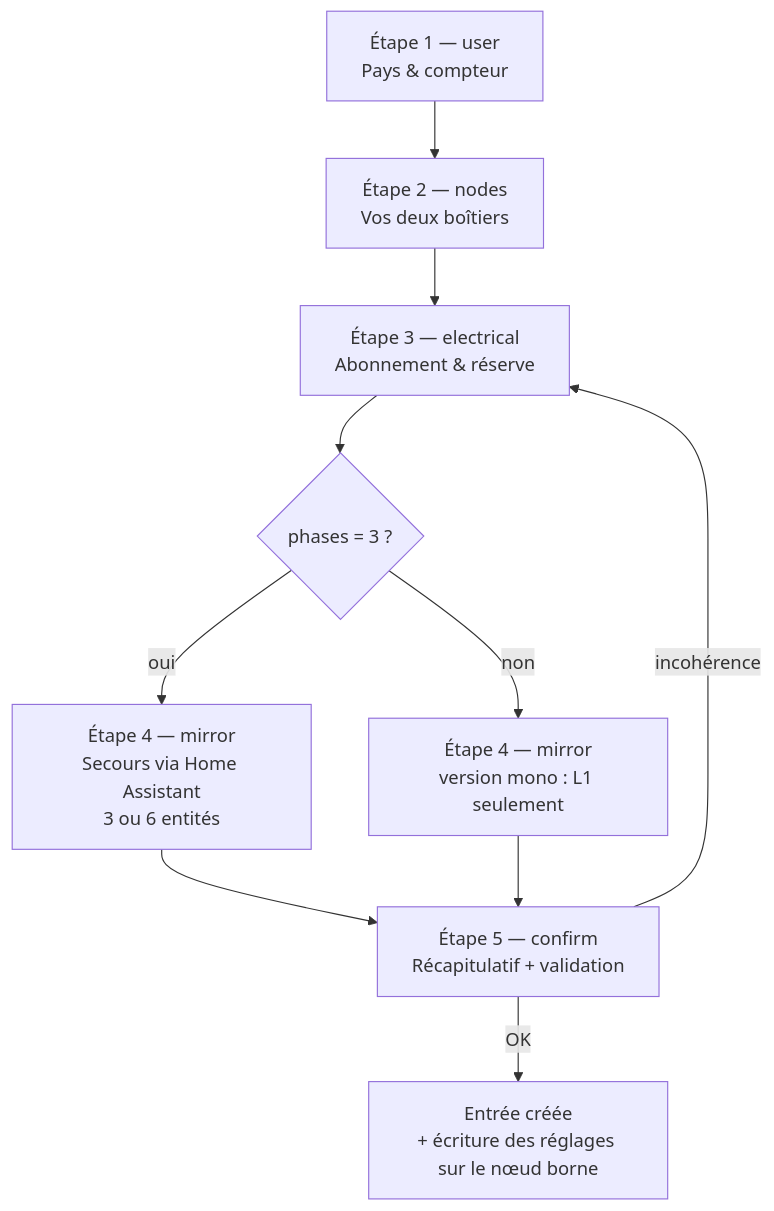
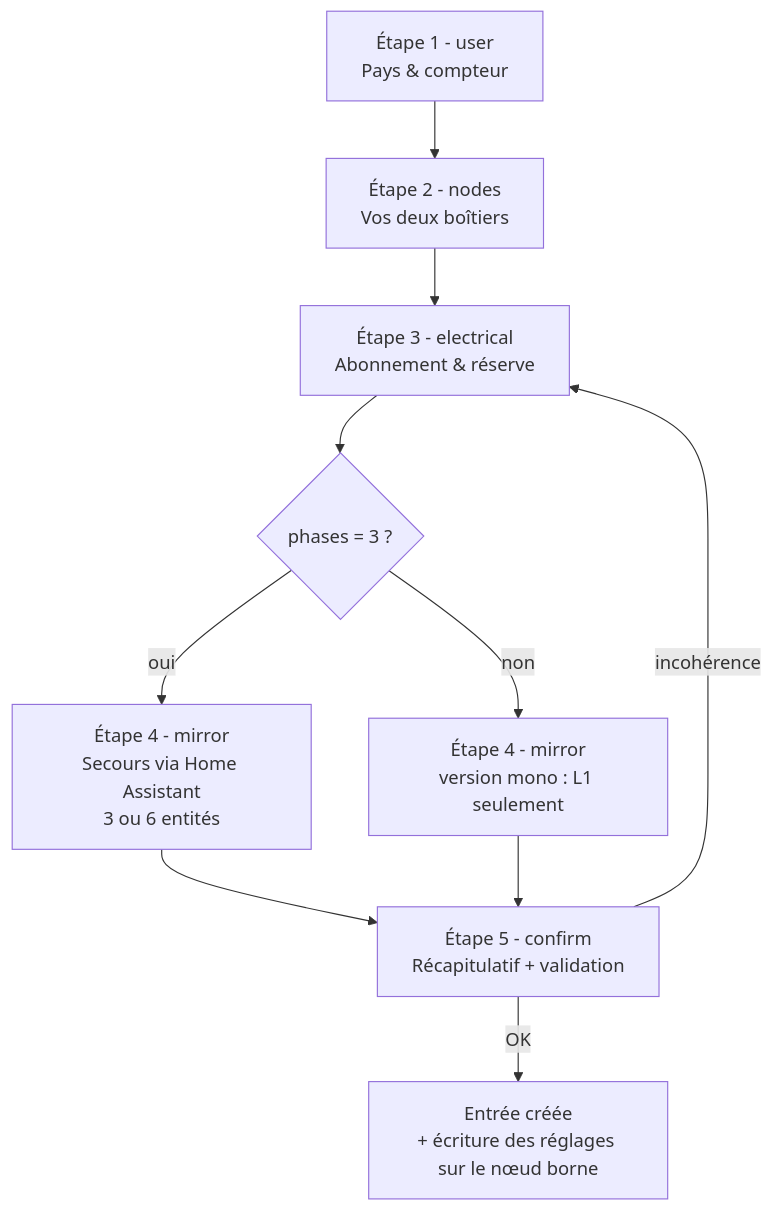
Before and after one commit to zany92/tesla-loadpilot: the first of 2 diagrams in dashboards/UX.md, drawn with Mermaid. The commit also changed other lines of this file and 51 other files, not shown here.

````diff
--- a/dashboards/UX.md
+++ b/dashboards/UX.md
@@ -42,12 +42,12 @@
 ```mermaid
 flowchart TD
-    A[Étape 1 — user\nPays & compteur] --> B[Étape 2 — nodes\nVos deux boîtiers]
-    B --> C[Étape 3 — electrical\nAbonnement & réserve]
+    A[Étape 1 - user\nPays & compteur] --> B[Étape 2 - nodes\nVos deux boîtiers]
+    B --> C[Étape 3 - electrical\nAbonnement & réserve]
     C --> D{phases = 3 ?}
-    D -- oui --> E[Étape 4 — mirror\nSecours via Home Assistant\n3 ou 6 entités]
-    D -- non --> E1[Étape 4 — mirror\nversion mono : L1 seulement]
-    E --> F[Étape 5 — confirm\nRécapitulatif + validation]
+    D -- oui --> E[Étape 4 - mirror\nSecours via Home Assistant\n3 ou 6 entités]
+    D -- non --> E1[Étape 4 - mirror\nversion mono : L1 seulement]
+    E --> F[Étape 5 - confirm\nRécapitulatif + validation]
     E1 --> F
     F -->|incohérence| C
     F -->|OK| G[Entrée créée\n+ écriture des réglages sur le nœud borne]
 ```
````
